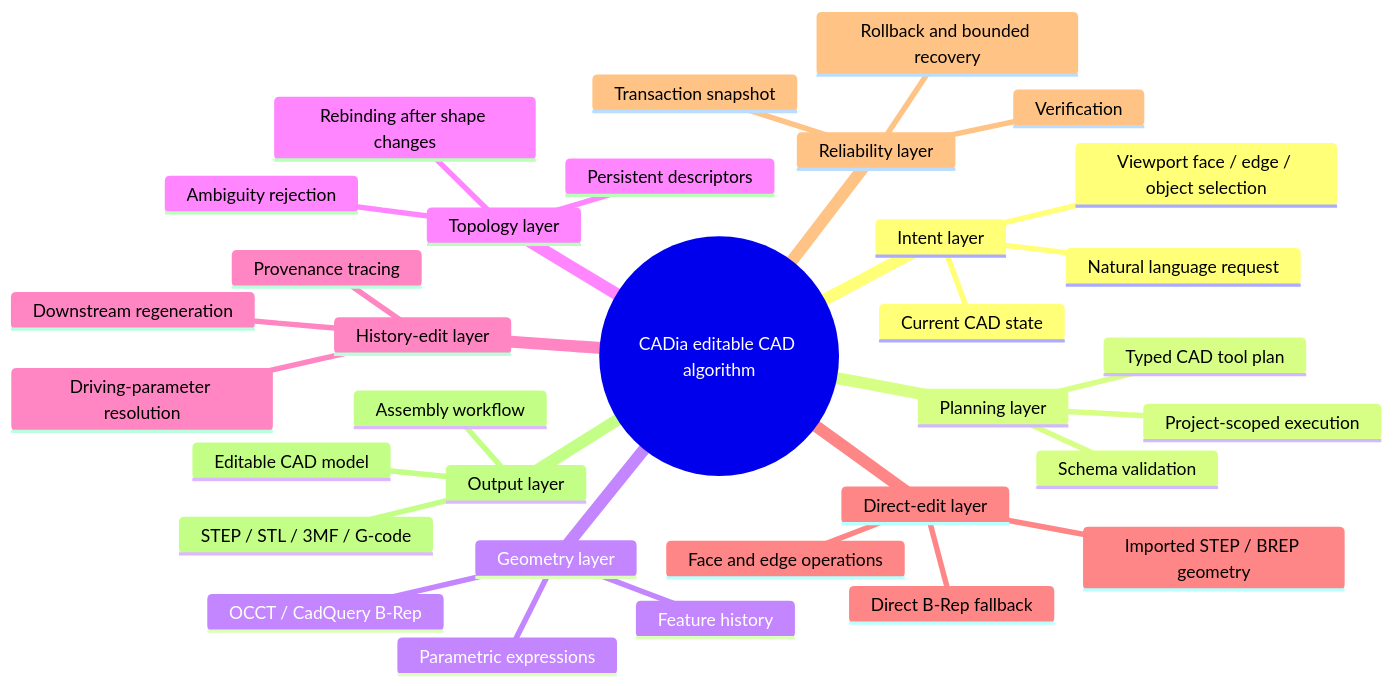
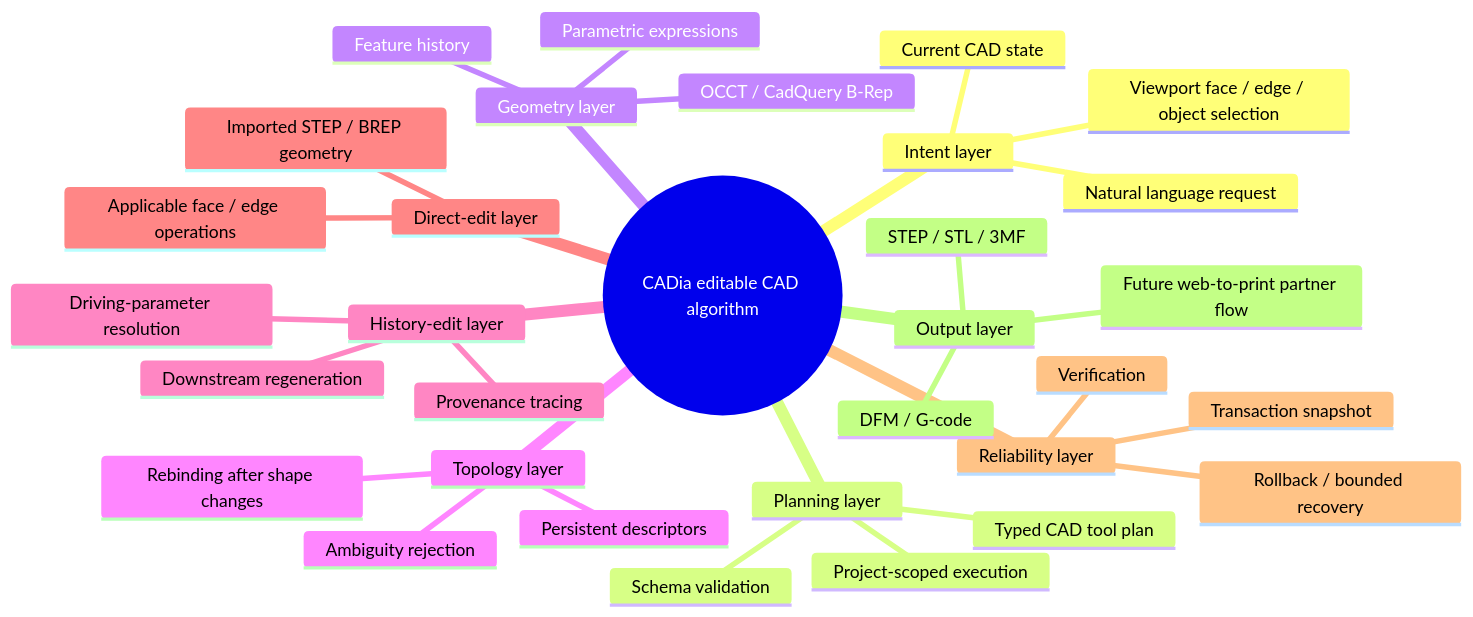
The second of 2 diagrams in README.md (CADname/CADia), drawn with Mermaid before and after one commit. The commit also changed other lines of this file, not shown here.

Commit message:
Add web-to-print expansion direction

````diff
--- a/README.md
+++ b/README.md
@@ -168,36 +169,35 @@
 ```mermaid
 mindmap
   root((CADia editable CAD algorithm))
     Intent layer
       Natural language request
       Viewport face / edge / object selection
       Current CAD state
     Planning layer
       Typed CAD tool plan
       Schema validation
       Project-scoped execution
     Geometry layer
       OCCT / CadQuery B-Rep
       Feature history
       Parametric expressions
     Topology layer
       Persistent descriptors
       Rebinding after shape changes
       Ambiguity rejection
     History-edit layer
       Provenance tracing
       Driving-parameter resolution
       Downstream regeneration
     Direct-edit layer
       Imported STEP / BREP geometry
-      Face and edge operations
-      Direct B-Rep fallback
+      Applicable face / edge operations
     Reliability layer
       Transaction snapshot
       Verification
-      Rollback and bounded recovery
+      Rollback / bounded recovery
     Output layer
-      Editable CAD model
-      Assembly workflow
-      STEP / STL / 3MF / G-code
+      STEP / STL / 3MF
+      DFM / G-code
+      Future web-to-print partner flow
 ```
````
